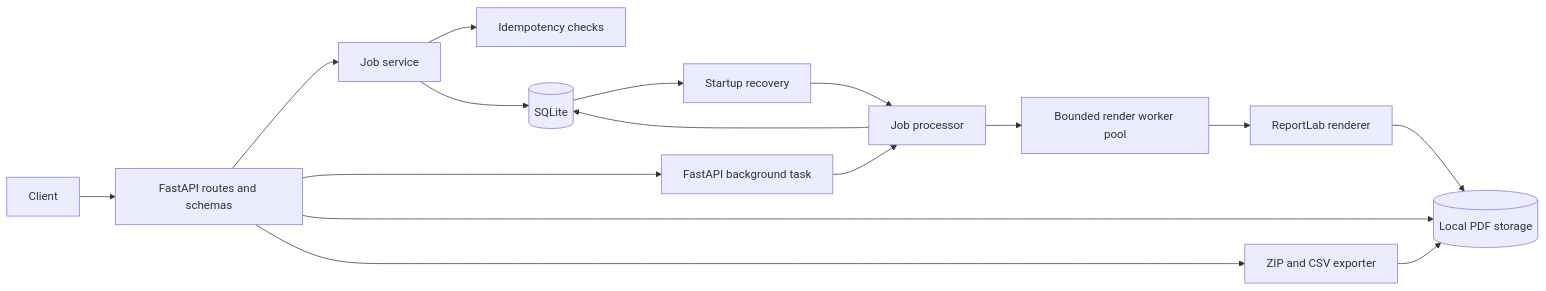
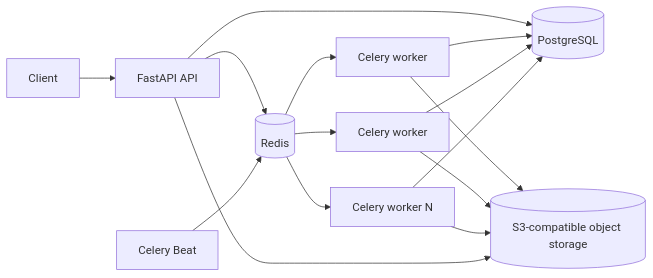
Before and after one commit to shrikrushna007/bulk-certificate-generator-api: the diagram in README.md, drawn with Mermaid. The commit also changed other lines of this file and 32 other files, not shown here.

````diff
--- a/README.md
+++ b/README.md
@@ -37,18 +42,17 @@
 ```mermaid
 flowchart LR
-    Client --> API[FastAPI routes and schemas]
-    API --> Jobs[Job service]
-    Jobs --> Idempotency[Idempotency checks]
-    Jobs --> DB[(SQLite)]
-    API --> Background[FastAPI background task]
-    Background --> Processor[Job processor]
-    DB --> Recovery[Startup recovery]
-    Recovery --> Processor
-    Processor --> Pool[Bounded render worker pool]
-    Pool --> Renderer[ReportLab renderer]
-    Processor --> DB
-    Renderer --> Storage[(Local PDF storage)]
-    API --> Storage
-    API --> Archive[ZIP and CSV exporter]
-    Archive --> Storage
+    Client --> API[FastAPI API]
+    API --> DB[(PostgreSQL)]
+    API --> Broker[(Redis)]
+    Broker --> W1[Celery worker]
+    Broker --> W2[Celery worker]
+    Broker --> WN[Celery worker N]
+    W1 --> DB
+    W2 --> DB
+    WN --> DB
+    W1 --> Store[(S3-compatible object storage)]
+    W2 --> Store
+    WN --> Store
+    Beat[Celery Beat] --> Broker
+    API --> Store
 ```
````
